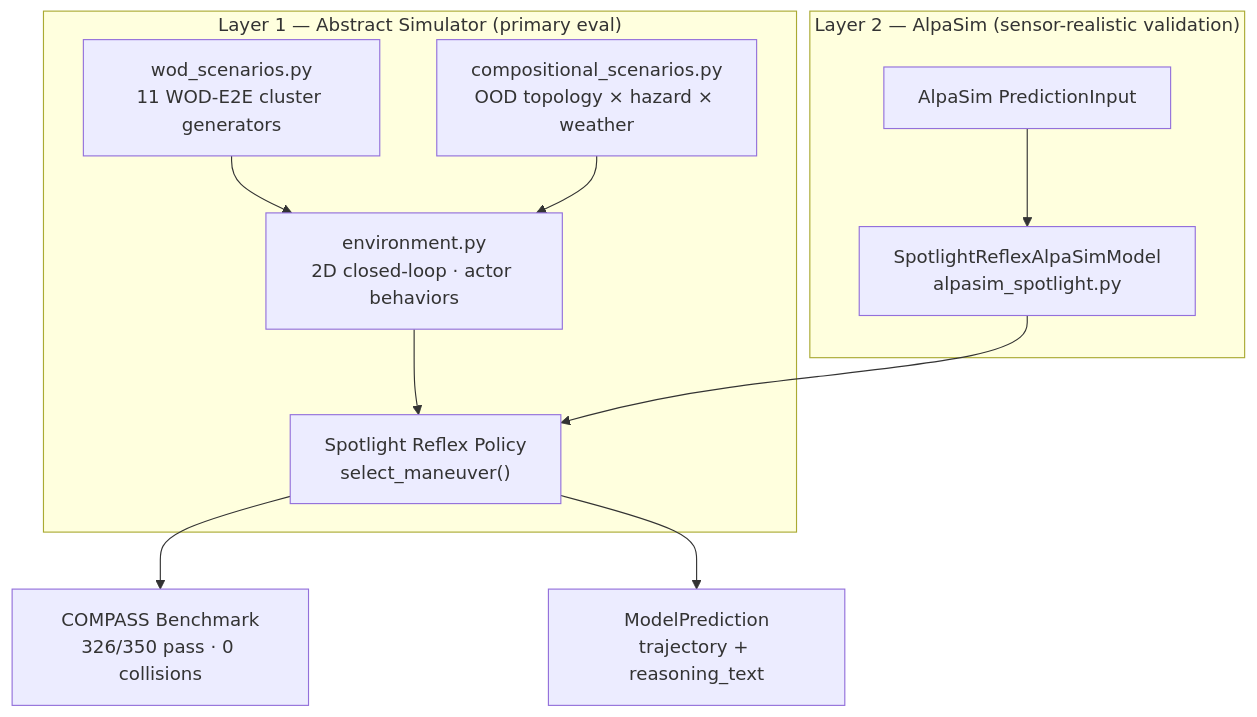
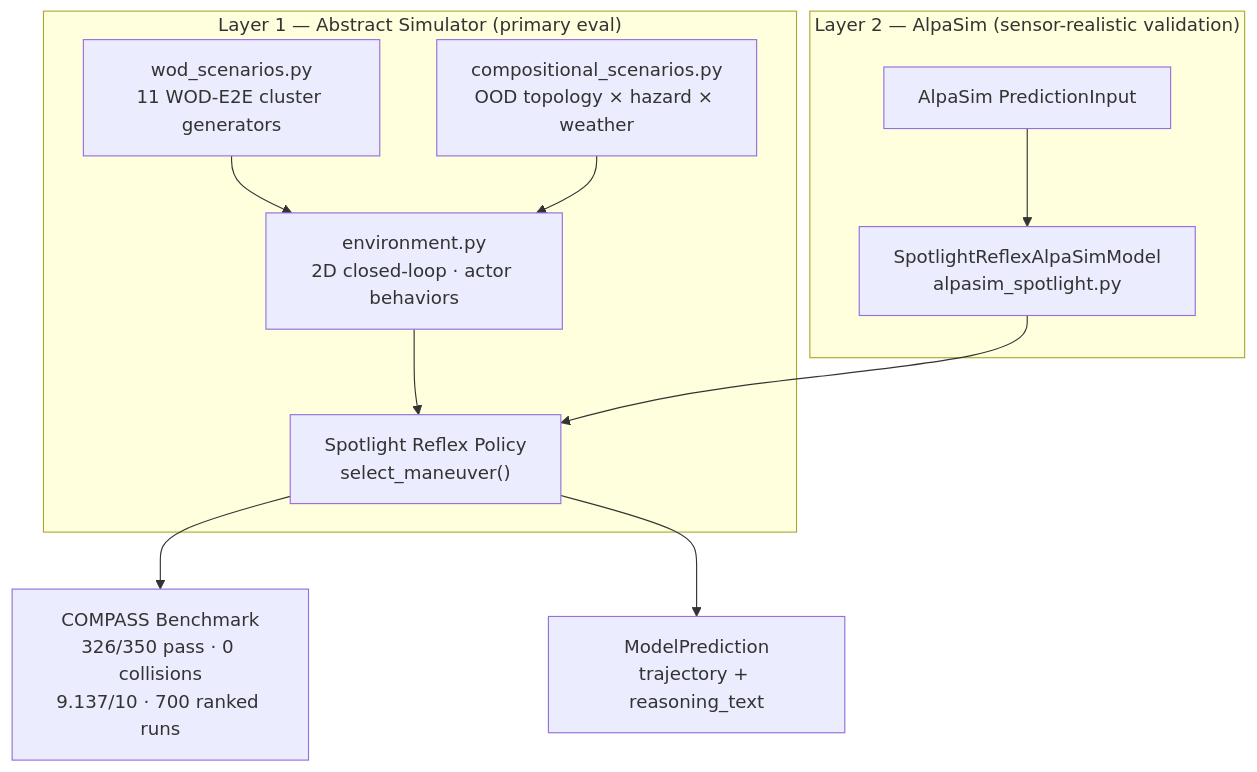
One commit to amtellezfernandez/minimal-shot-av changed the first of 2 diagrams in docs/minor-commission.md. Above: the diagram before and after it, drawn with Mermaid. The commit also changed other lines of this file and 5 other files, not shown here.

````diff
--- a/docs/minor-commission.md
+++ b/docs/minor-commission.md
@@ -28,18 +28,18 @@
 ```mermaid
 flowchart TD
     P["Spotlight Reflex Policy\nselect_maneuver()"]
 
     subgraph abs ["Layer 1 — Abstract Simulator (primary eval)"]
         WS["wod_scenarios.py\n11 WOD-E2E cluster generators"] --> E["environment.py\n2D closed-loop · actor behaviors"]
         CS["compositional_scenarios.py\nOOD topology × hazard × weather"] --> E
         E --> P
     end
 
     subgraph alpa ["Layer 2 — AlpaSim (sensor-realistic validation)"]
         AI["AlpaSim PredictionInput"] --> AD["SpotlightReflexAlpaSimModel\nalpasim_spotlight.py"]
         AD --> P
     end
 
-    P --> O1["COMPASS Benchmark\n326/350 pass · 0 collisions"]
+    P --> O1["COMPASS Benchmark\n326/350 pass · 0 collisions\n9.137/10 · 700 ranked runs"]
     P --> O2["ModelPrediction\ntrajectory + reasoning_text"]
 ```
````
